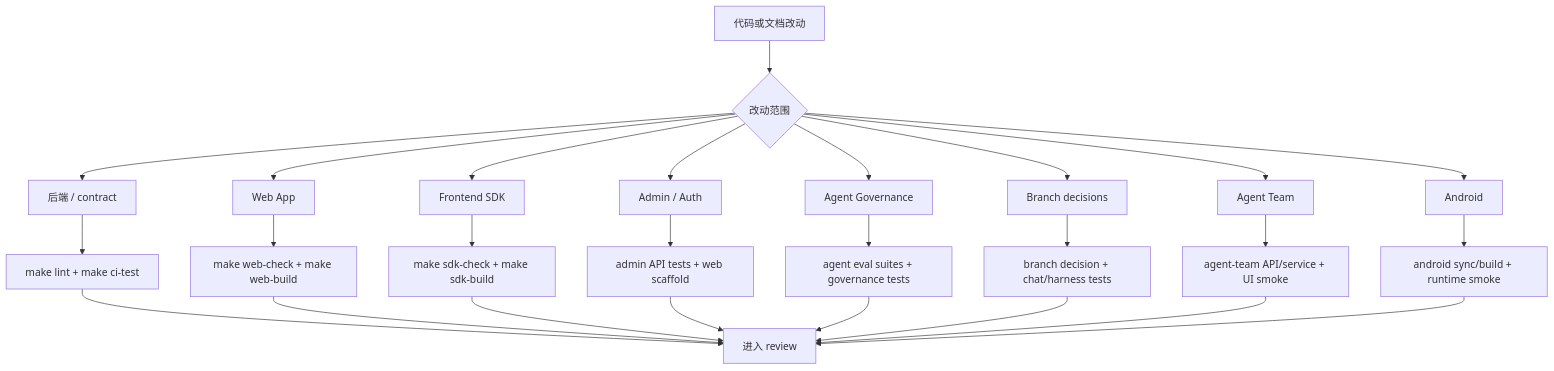
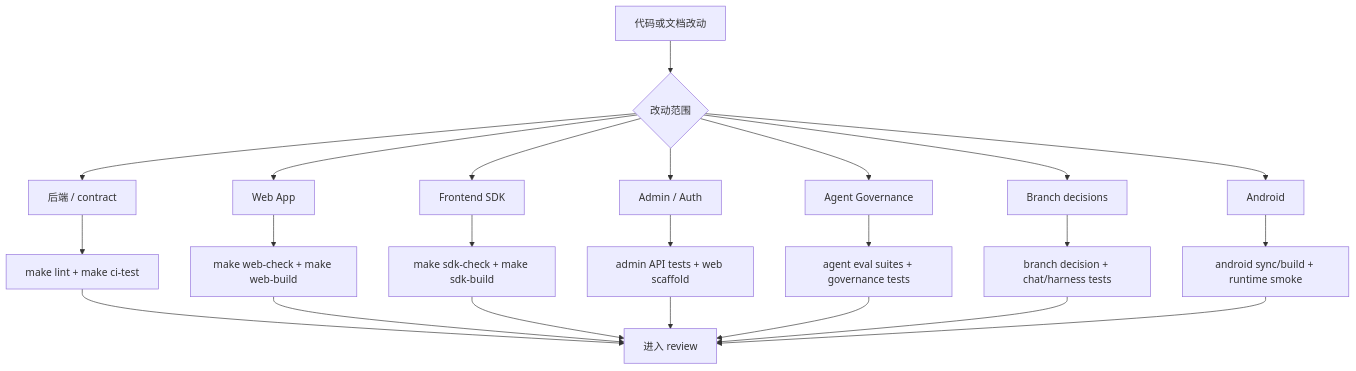
The diagram in docs/development.zh-CN.md (William-zgx/focus-agent), drawn with Mermaid before and after one commit. The commit also changed other lines of this file and 132 other files, not shown here.

First line of the commit message:
feat(v2)!: 删除 Agent Team 前端与 SDK 产品面

````diff
--- a/docs/development.zh-CN.md
+++ b/docs/development.zh-CN.md
@@ -14,28 +14,25 @@
 ```mermaid
 flowchart TD
     Change["代码或文档改动"] --> Scope{"改动范围"}
     Scope --> Backend["后端 / contract"]
     Scope --> Web["Web App"]
     Scope --> SDK["Frontend SDK"]
     Scope --> Admin["Admin / Auth"]
     Scope --> Agent["Agent Governance"]
     Scope --> Branch["Branch decisions"]
-    Scope --> Team["Agent Team"]
     Scope --> Mobile["Android"]
     Backend --> CI["make lint + make ci-test"]
     Web --> WebChecks["make web-check + make web-build"]
     SDK --> SDKChecks["make sdk-check + make sdk-build"]
     Admin --> AdminChecks["admin API tests + web scaffold"]
     Agent --> Eval["agent eval suites + governance tests"]
     Branch --> BranchChecks["branch decision + chat/harness tests"]
-    Team --> TeamChecks["agent-team API/service + UI smoke"]
     Mobile --> AndroidChecks["android sync/build + runtime smoke"]
     CI --> Done["进入 review"]
     WebChecks --> Done
     SDKChecks --> Done
     AdminChecks --> Done
     Eval --> Done
     BranchChecks --> Done
-    TeamChecks --> Done
     AndroidChecks --> Done
 ```
````
